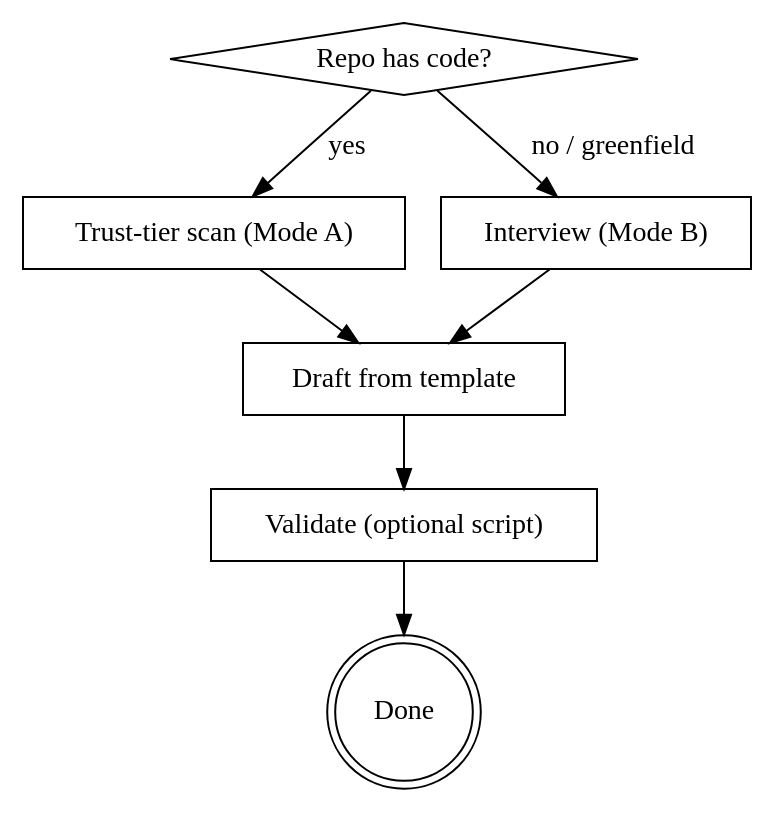
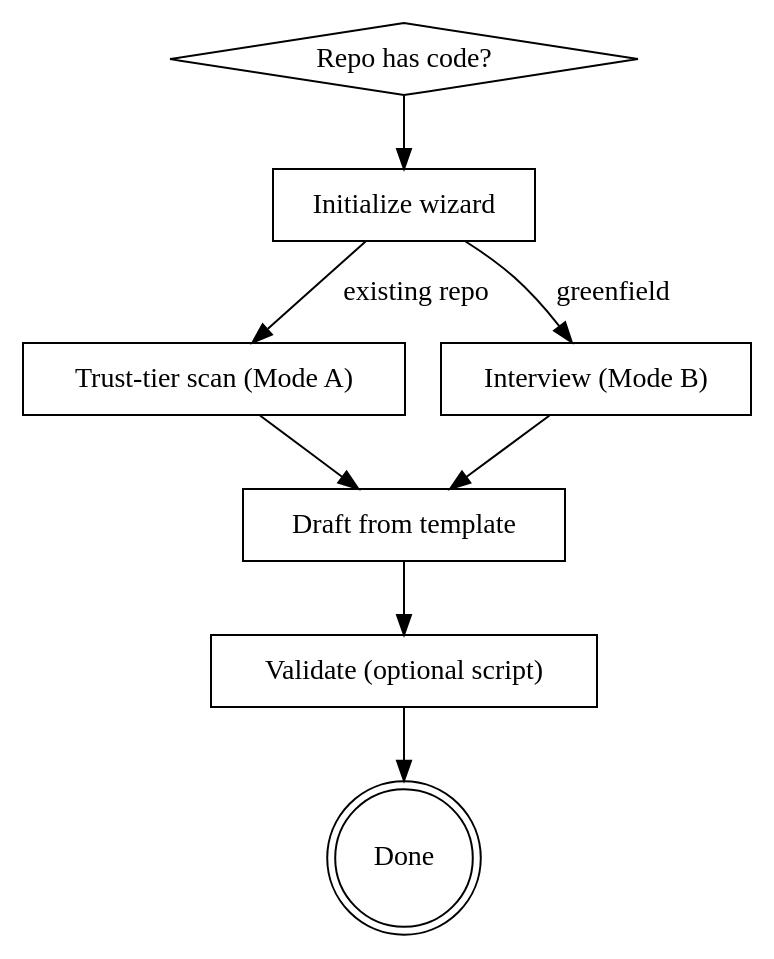
One commit to gc4rella/agentmd-forge changed the diagram in skills/agentmd-forge/SKILL.md. Above: the diagram before and after it, drawn with Graphviz. The commit also changed other lines of this file and 1 other file, not shown here.

````diff
--- a/skills/agentmd-forge/SKILL.md
+++ b/skills/agentmd-forge/SKILL.md
@@ -21,17 +21,19 @@
 ```dot
 digraph {
     "Repo has code?" [shape=diamond];
+    "Initialize wizard" [shape=box];
     "Trust-tier scan (Mode A)" [shape=box];
     "Interview (Mode B)" [shape=box];
     "Draft from template" [shape=box];
     "Validate (optional script)" [shape=box];
     "Done" [shape=doublecircle];
 
-    "Repo has code?" -> "Trust-tier scan (Mode A)" [label="yes"];
-    "Repo has code?" -> "Interview (Mode B)" [label="no / greenfield"];
+    "Repo has code?" -> "Initialize wizard";
+    "Initialize wizard" -> "Trust-tier scan (Mode A)" [label="existing repo"];
+    "Initialize wizard" -> "Interview (Mode B)" [label="greenfield"];
     "Trust-tier scan (Mode A)" -> "Draft from template";
     "Interview (Mode B)" -> "Draft from template";
     "Draft from template" -> "Validate (optional script)";
     "Validate (optional script)" -> "Done";
 }
 ```
````
